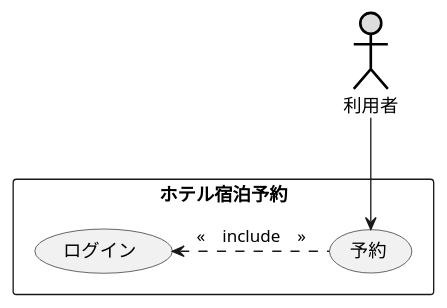
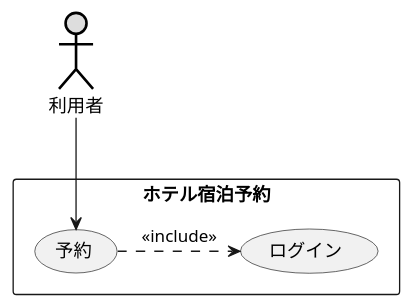
Before and after one commit to tyson0723/uml-introduction: the diagram in 演習2-3_ホテル宿泊予約.pu, drawn with PlantUML. The commit also changed 31 other files, not shown here.

```diff
--- a/演習2-3_ホテル宿泊予約.pu
+++ b/演習2-3_ホテル宿泊予約.pu
@@ -1,11 +1,10 @@
-@startuml ユースケース図
+@startuml 演習2-3
 actor 利用者 #DDDDDD;line:black;line.bold;
-rectangle ホテル宿泊予約 {
+rectangle ホテル宿泊予約{
+usecase 予約
+usecase ログイン
+}
+利用者 --> 予約
+予約 .> ログイン: << include >>
 
-usecase ログイン
-usecase 予約
-
-}
-ログイン <. 予約 : <<　include　 >> 
-利用者-->予約
 @enduml
```
